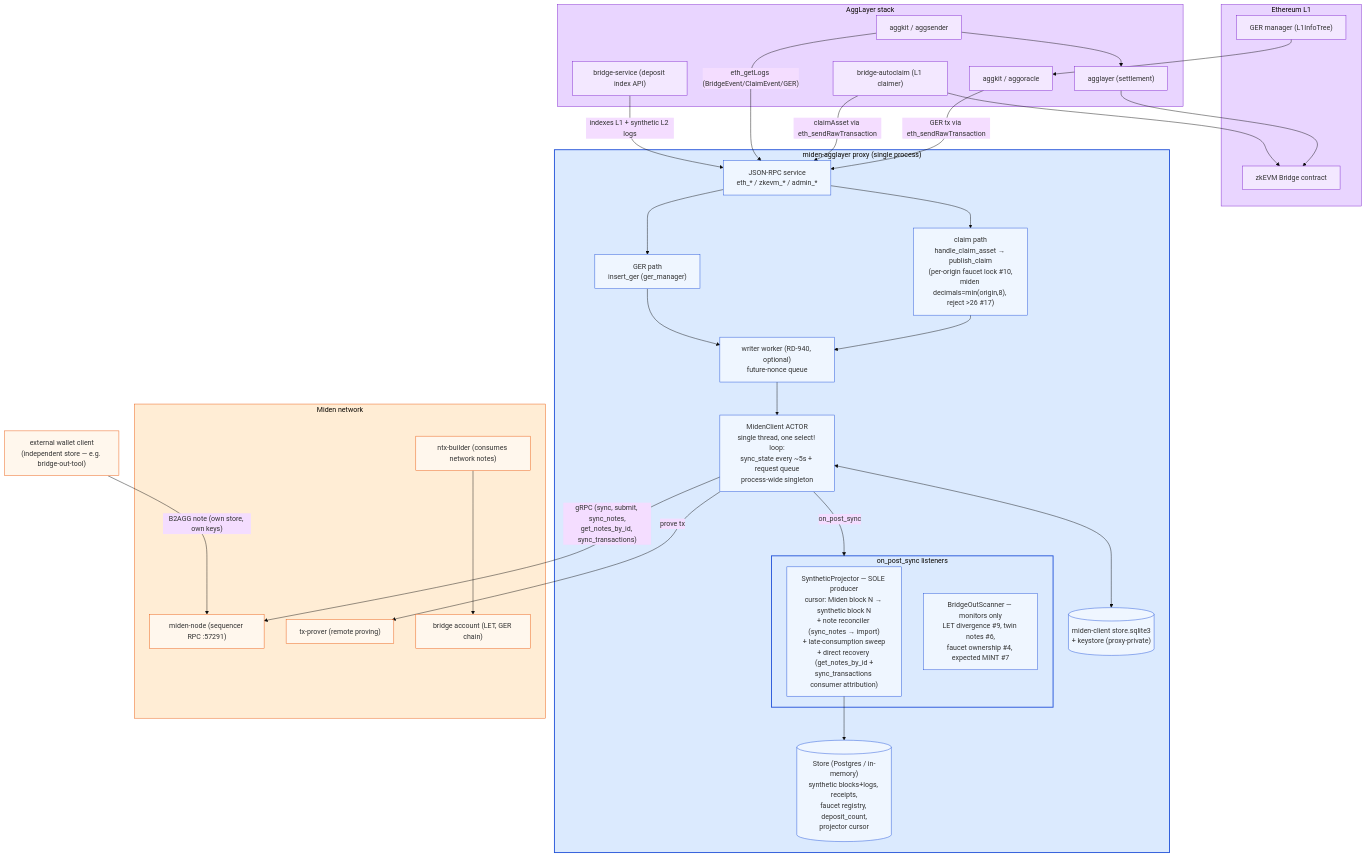
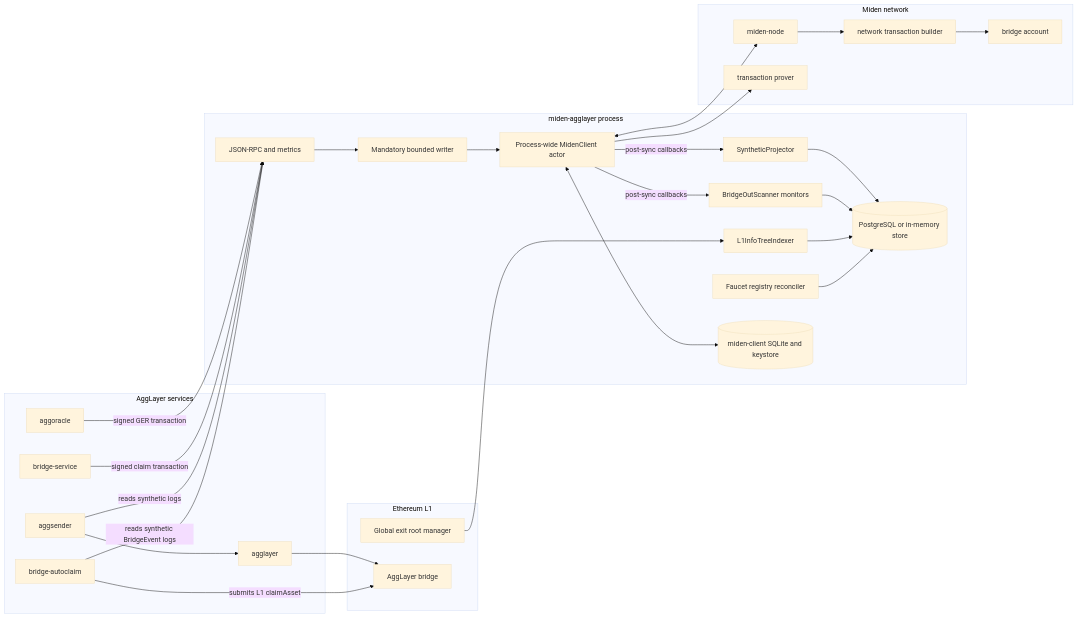
The first of 3 diagrams in docs/ARCHITECTURE.md (gateway-fm/miden-agglayer), drawn with Mermaid (base theme) before and after one commit. The commit also changed other lines of this file and 23 other files, not shown here.

````diff
--- a/docs/ARCHITECTURE.md
+++ b/docs/ARCHITECTURE.md
@@ -9,68 +13,56 @@
 ```mermaid
-flowchart TD
+flowchart LR
     subgraph L1["Ethereum L1"]
-        BRIDGE_L1["zkEVM Bridge contract"]
-        GERM_L1["GER manager (L1InfoTree)"]
+        L1GER["Global exit root manager"]
+        L1BRIDGE["AggLayer bridge"]
     end
 
-    subgraph AGG["AggLayer stack"]
-        AGGORACLE["aggkit / aggoracle"]
-        AGGSENDER["aggkit / aggsender"]
-        AGL["agglayer (settlement)"]
-        BSVC["bridge-service (deposit index API)"]
-        AUTOCLAIM["bridge-autoclaim (L1 claimer)"]
+    subgraph STACK["AggLayer services"]
+        AGGORACLE["aggoracle"]
+        AGGSENDER["aggsender"]
+        AGGLAYER["agglayer"]
+        BRIDGESVC["bridge-service"]
+        AUTOCLAIM["bridge-autoclaim"]
     end
 
-    subgraph PROXY["miden-agglayer proxy (single process)"]
-        RPC["JSON-RPC service<br/>eth_* / zkevm_* / admin_*"]
-        CLAIM["claim path<br/>handle_claim_asset → publish_claim<br/>(per-origin faucet lock #10,<br/>miden decimals=min(origin,8), reject &gt;26 #17)"]
-        GER["GER path<br/>insert_ger (ger_manager)"]
-        WW["writer worker (RD-940, optional)<br/>future-nonce queue"]
-        MC["MidenClient ACTOR<br/>single thread, one select! loop:<br/>sync_state every ~5s + request queue<br/>process-wide singleton"]
-        subgraph LISTENERS["on_post_sync listeners"]
-            SP["SyntheticProjector — SOLE producer<br/>cursor: Miden block N → synthetic block N<br/>+ note reconciler (sync_notes → import)<br/>+ late-consumption sweep<br/>+ direct recovery (get_notes_by_id +<br/>sync_transactions consumer attribution)"]
-            BOS["BridgeOutScanner — monitors only<br/>LET divergence #9, twin notes #6,<br/>faucet ownership #4, expected MINT #7"]
-        end
-        STORE[("Store (Postgres / in-memory)<br/>synthetic blocks+logs, receipts,<br/>faucet registry, deposit_count,<br/>projector cursor")]
-        SQLITE[("miden-client store.sqlite3<br/>+ keystore (proxy-private)")]
+    subgraph PROXY["miden-agglayer process"]
+        RPC["JSON-RPC and metrics"]
+        WRITER["Mandatory bounded writer"]
+        MIDENCLIENT["Process-wide MidenClient actor"]
+        PROJECTOR["SyntheticProjector"]
+        MONITORS["BridgeOutScanner monitors"]
+        L1INDEXER["L1InfoTreeIndexer"]
+        REGISTRY["Faucet registry reconciler"]
+        STORE[("PostgreSQL or in-memory store")]
+        CLIENTDB[("miden-client SQLite and keystore")]
     end
 
     subgraph MIDEN["Miden network"]
-        NODE["miden-node (sequencer RPC :57291)"]
-        NTX["ntx-builder (consumes network notes)"]
-        PROVER["tx-prover (remote proving)"]
-        BACC["bridge account (LET, GER chain)"]
+        NODE["miden-node"]
+        NTX["network transaction builder"]
+        PROVER["transaction prover"]
+        BRIDGE["bridge account"]
     end
 
-    EXTW["external wallet client<br/>(independent store — e.g. bridge-out-tool)"]
-
-    AGGORACLE -- "GER tx via eth_sendRawTransaction" --> RPC
-    AUTOCLAIM -- "claimAsset via eth_sendRawTransaction" --> RPC
-    AGGSENDER -- "eth_getLogs (BridgeEvent/ClaimEvent/GER)" --> RPC
-    BSVC -- "indexes L1 + synthetic L2 logs" --> RPC
-    RPC --> CLAIM & GER
-    CLAIM & GER --> WW --> MC
-    MC <--> SQLITE
-    MC -- "gRPC (sync, submit, sync_notes,<br/>get_notes_by_id, sync_transactions)" --> NODE
-    MC -- "prove tx" --> PROVER
-    MC -- "on_post_sync" --> LISTENERS
-    SP --> STORE
-    NTX --> BACC
-    EXTW -- "B2AGG note (own store, own keys)" --> NODE
-    AGGSENDER --> AGL --> BRIDGE_L1
-    AUTOCLAIM --> BRIDGE_L1
-    GERM_L1 --> AGGORACLE
-
-    classDef proxyBox fill:#dbeafe,stroke:#1d4ed8,stroke-width:2px
-    classDef proxyNode fill:#eff6ff,stroke:#1d4ed8
-    classDef aggBox fill:#e9d5ff,stroke:#7e22ce
-    classDef aggNode fill:#f3e8ff,stroke:#7e22ce
-    classDef midenBox fill:#ffedd5,stroke:#ea580c
-    classDef midenNode fill:#fff7ed,stroke:#ea580c
-    class PROXY,LISTENERS proxyBox
-    class RPC,CLAIM,GER,WW,MC,SP,BOS,STORE,SQLITE proxyNode
-    class L1,AGG aggBox
-    class BRIDGE_L1,GERM_L1,AGGORACLE,AGGSENDER,AGL,BSVC,AUTOCLAIM aggNode
-    class MIDEN midenBox
-    class NODE,NTX,PROVER,BACC,EXTW midenNode
+    AGGORACLE -->|"signed GER transaction"| RPC
+    BRIDGESVC -->|"signed claim transaction"| RPC
+    RPC --> WRITER
+    WRITER --> MIDENCLIENT
+    MIDENCLIENT --> PROVER
+    MIDENCLIENT <--> NODE
+    MIDENCLIENT <--> CLIENTDB
+    NODE --> NTX
+    NTX --> BRIDGE
+    MIDENCLIENT -->|"post-sync callbacks"| PROJECTOR
+    MIDENCLIENT -->|"post-sync callbacks"| MONITORS
+    PROJECTOR --> STORE
+    MONITORS --> STORE
+    L1GER --> L1INDEXER
+    L1INDEXER --> STORE
+    REGISTRY --> STORE
+    AGGSENDER -->|"reads synthetic logs"| RPC
+    AGGSENDER --> AGGLAYER
+    AGGLAYER --> L1BRIDGE
+    AUTOCLAIM -->|"reads synthetic BridgeEvent logs"| RPC
+    AUTOCLAIM -->|"submits L1 claimAsset"| L1BRIDGE
 ```
````
